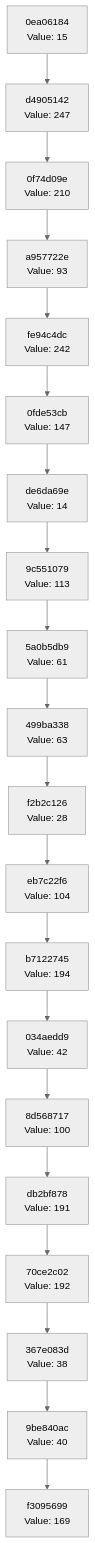
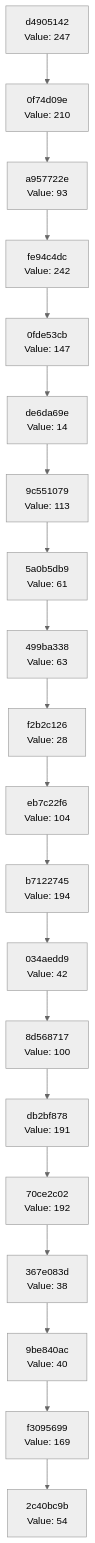
Before and after one commit to Abhisheksinha1506/hash-chain-evolver: the diagram in docs/CHAIN_VISUALIZATION.md, drawn with Mermaid (neutral theme). The commit also changed 3 other files, not shown here.

````diff
--- a/docs/CHAIN_VISUALIZATION.md
+++ b/docs/CHAIN_VISUALIZATION.md
@@ -3,42 +3,42 @@
 ```mermaid
 graph TD
-    C0["f3095699<br/>Value: 169"]
-    C1["9be840ac<br/>Value: 40"]
+    C0["2c40bc9b<br/>Value: 54"]
+    C1["f3095699<br/>Value: 169"]
     C1 --> C0
-    C2["367e083d<br/>Value: 38"]
+    C2["9be840ac<br/>Value: 40"]
     C2 --> C1
-    C3["70ce2c02<br/>Value: 192"]
+    C3["367e083d<br/>Value: 38"]
     C3 --> C2
-    C4["db2bf878<br/>Value: 191"]
+    C4["70ce2c02<br/>Value: 192"]
     C4 --> C3
-    C5["8d568717<br/>Value: 100"]
+    C5["db2bf878<br/>Value: 191"]
     C5 --> C4
-    C6["034aedd9<br/>Value: 42"]
+    C6["8d568717<br/>Value: 100"]
     C6 --> C5
-    C7["b7122745<br/>Value: 194"]
+    C7["034aedd9<br/>Value: 42"]
     C7 --> C6
-    C8["eb7c22f6<br/>Value: 104"]
+    C8["b7122745<br/>Value: 194"]
     C8 --> C7
-    C9["f2b2c126<br/>Value: 28"]
+    C9["eb7c22f6<br/>Value: 104"]
     C9 --> C8
-    C10["499ba338<br/>Value: 63"]
+    C10["f2b2c126<br/>Value: 28"]
     C10 --> C9
-    C11["5a0b5db9<br/>Value: 61"]
+    C11["499ba338<br/>Value: 63"]
     C11 --> C10
-    C12["9c551079<br/>Value: 113"]
+    C12["5a0b5db9<br/>Value: 61"]
     C12 --> C11
-    C13["de6da69e<br/>Value: 14"]
+    C13["9c551079<br/>Value: 113"]
     C13 --> C12
-    C14["0fde53cb<br/>Value: 147"]
+    C14["de6da69e<br/>Value: 14"]
     C14 --> C13
-    C15["fe94c4dc<br/>Value: 242"]
+    C15["0fde53cb<br/>Value: 147"]
     C15 --> C14
-    C16["a957722e<br/>Value: 93"]
+    C16["fe94c4dc<br/>Value: 242"]
     C16 --> C15
-    C17["0f74d09e<br/>Value: 210"]
+    C17["a957722e<br/>Value: 93"]
     C17 --> C16
-    C18["d4905142<br/>Value: 247"]
+    C18["0f74d09e<br/>Value: 210"]
     C18 --> C17
-    C19["0ea06184<br/>Value: 15"]
+    C19["d4905142<br/>Value: 247"]
     C19 --> C18
 ```
````
